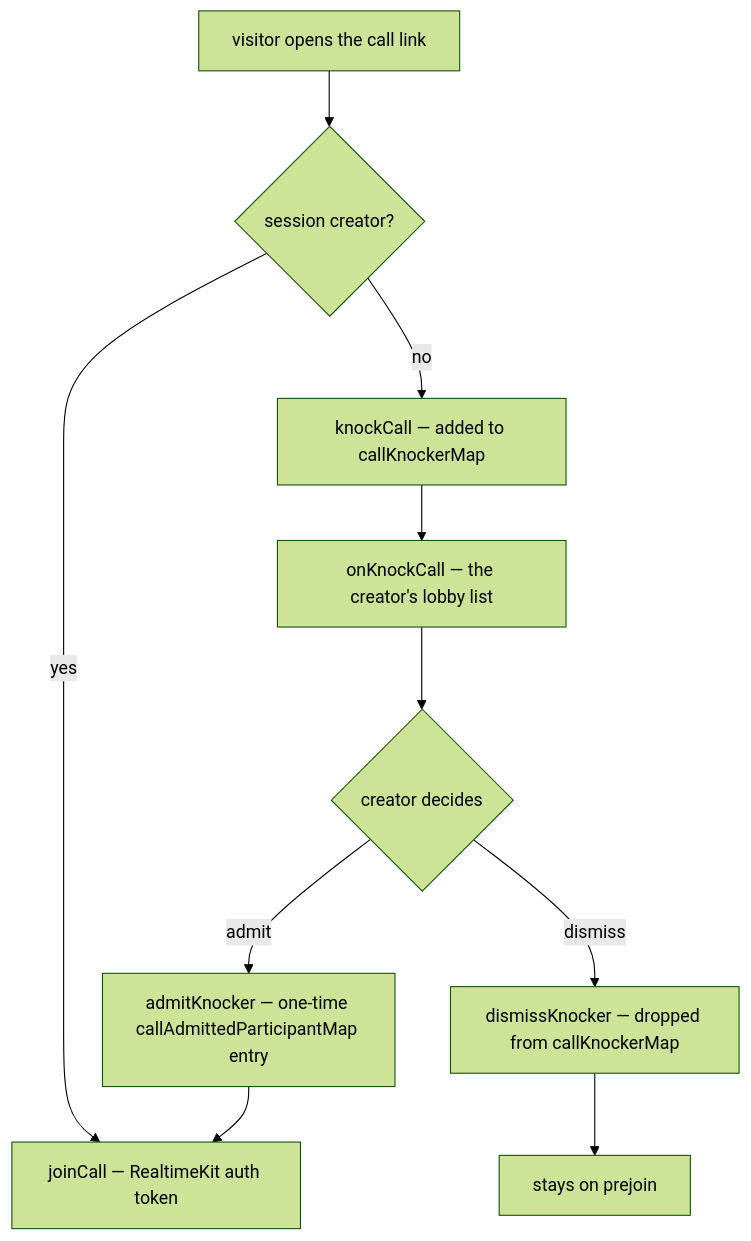
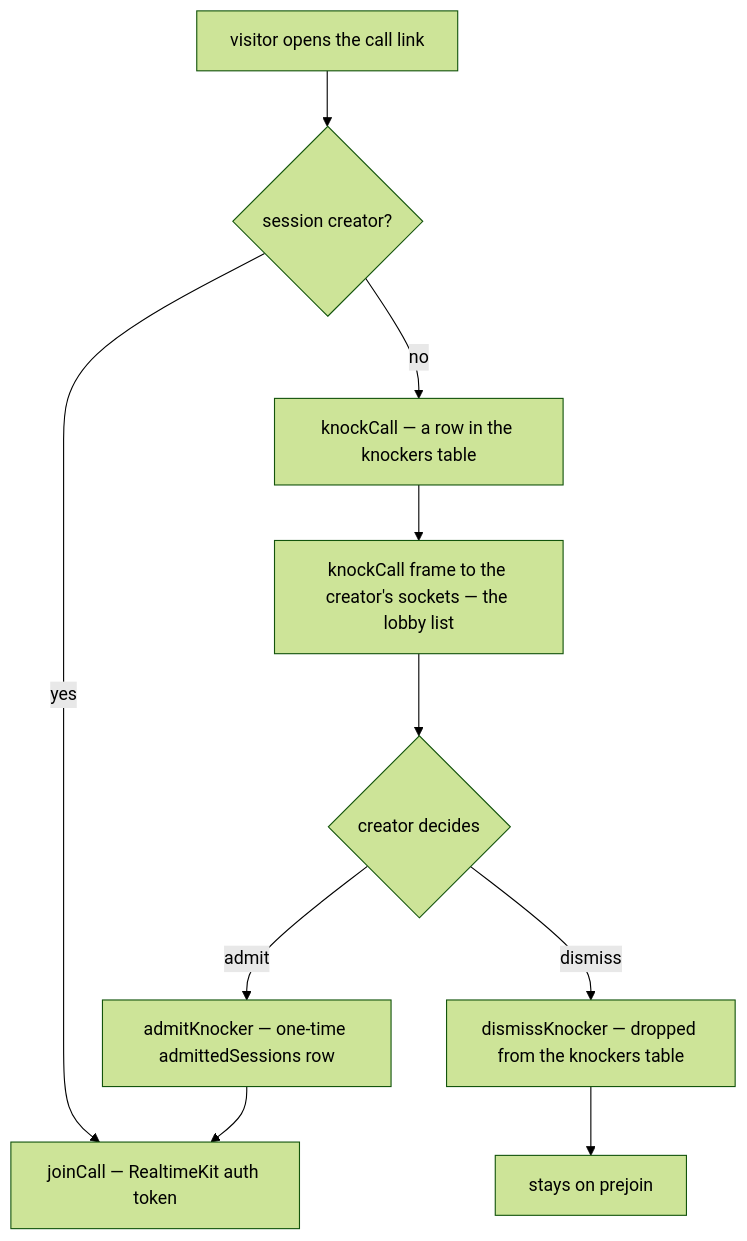
One commit to Esposter/Esposter changed the second of 3 diagrams in openspec/specs/esbabbler/calls/README.md. Above: the diagram before and after it, drawn with Mermaid (forest theme). The commit also changed other lines of this file and 7 other files, not shown here.

````diff
--- a/openspec/specs/esbabbler/calls/README.md
+++ b/openspec/specs/esbabbler/calls/README.md
@@ -55,12 +55,12 @@
 ```mermaid
 flowchart TD
   VISIT["visitor opens the call link"] --> ISCREATOR{"session creator?"}
   ISCREATOR -- yes --> JOIN["joinCall — RealtimeKit auth token"]
-  ISCREATOR -- no --> KNOCK["knockCall — added to callKnockerMap"]
-  KNOCK --> NOTIFY["onKnockCall — the creator's lobby list"]
+  ISCREATOR -- no --> KNOCK["knockCall — a row in the knockers table"]
+  KNOCK --> NOTIFY["knockCall frame to the creator's sockets — the lobby list"]
   NOTIFY --> DECIDE{"creator decides"}
-  DECIDE -- admit --> ADMITTED["admitKnocker — one-time callAdmittedParticipantMap entry"]
-  DECIDE -- dismiss --> DISMISSED["dismissKnocker — dropped from callKnockerMap"]
+  DECIDE -- admit --> ADMITTED["admitKnocker — one-time admittedSessions row"]
+  DECIDE -- dismiss --> DISMISSED["dismissKnocker — dropped from the knockers table"]
   ADMITTED --> JOIN
   DISMISSED --> WAIT["stays on prejoin"]
 ```
````
